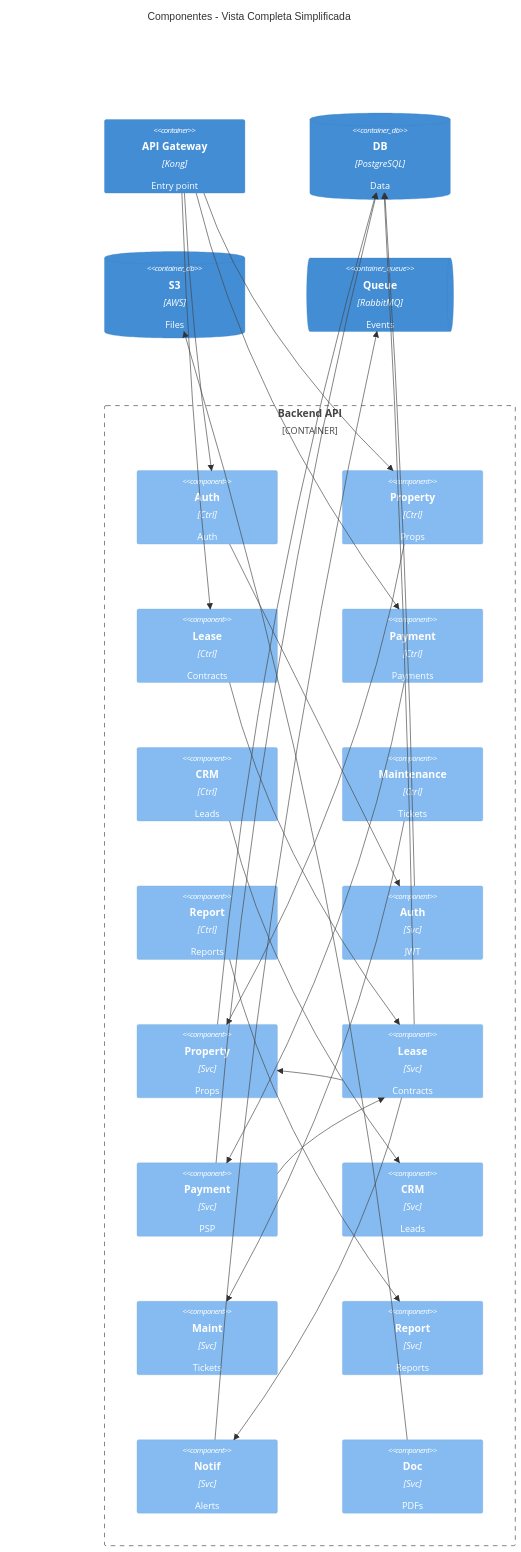
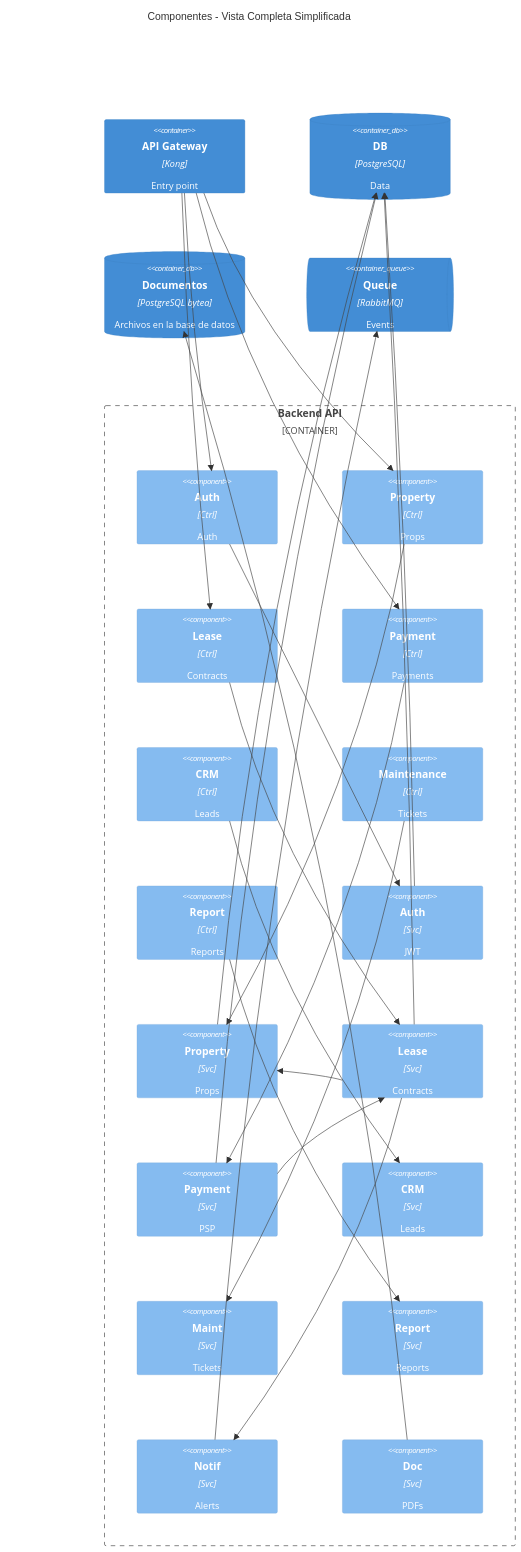
One commit to andrescastiglia/rent changed diagram 13 of 18 in docs/technical/c4-model.md. Above: the diagram before and after it, drawn with Mermaid. The commit also changed other lines of this file and 47 other files, not shown here.

First line of the commit message:
Store all documents and generated PDFs in PostgreSQL (#192)

````diff
--- a/docs/technical/c4-model.md
+++ b/docs/technical/c4-model.md
@@ -521,56 +521,56 @@
 ```mermaid
 C4Component
     title Componentes - Vista Completa Simplificada
 
     Container(gateway, "API Gateway", "Kong", "Entry point")
     ContainerDb(db, "DB", "PostgreSQL", "Data")
-    ContainerDb(s3, "S3", "AWS", "Files")
+    ContainerDb(document_store, "Documentos", "PostgreSQL bytea", "Archivos en la base de datos")
     ContainerQueue(queue, "Queue", "RabbitMQ", "Events")
 
     Container_Boundary(api, "Backend API") {
         %% Controllers
         Component(auth_c, "Auth", "Ctrl", "Auth")
         Component(prop_c, "Property", "Ctrl", "Props")
         Component(lease_c, "Lease", "Ctrl", "Contracts")
         Component(pay_c, "Payment", "Ctrl", "Payments")
         Component(crm_c, "CRM", "Ctrl", "Leads")
         Component(maint_c, "Maintenance", "Ctrl", "Tickets")
         Component(report_c, "Report", "Ctrl", "Reports")
         
         %% Services
         Component(auth_s, "Auth", "Svc", "JWT")
         Component(prop_s, "Property", "Svc", "Props")
         Component(lease_s, "Lease", "Svc", "Contracts")
         Component(pay_s, "Payment", "Svc", "PSP")
         Component(crm_s, "CRM", "Svc", "Leads")
         Component(maint_s, "Maint", "Svc", "Tickets")
         Component(report_s, "Report", "Svc", "Reports")
         Component(notif_s, "Notif", "Svc", "Alerts")
         Component(doc_s, "Doc", "Svc", "PDFs")
 
         %% Key relationships
         Rel(auth_c, auth_s, "")
         Rel(prop_c, prop_s, "")
         Rel(lease_c, lease_s, "")
         Rel(pay_c, pay_s, "")
         Rel(crm_c, crm_s, "")
         Rel(maint_c, maint_s, "")
         Rel(report_c, report_s, "")
         
         Rel(lease_s, prop_s, "")
         Rel(pay_s, lease_s, "")
         Rel(lease_s, notif_s, "")
         
         Rel(auth_s, db, "")
         Rel(prop_s, db, "")
         Rel(lease_s, db, "")
         Rel(pay_s, db, "")
-        Rel(doc_s, s3, "")
+        Rel(doc_s, document_store, "")
         Rel(notif_s, queue, "")
     }
 
     Rel(gateway, auth_c, "")
     Rel(gateway, prop_c, "")
     Rel(gateway, lease_c, "")
     Rel(gateway, pay_c, "")
 ```
````
